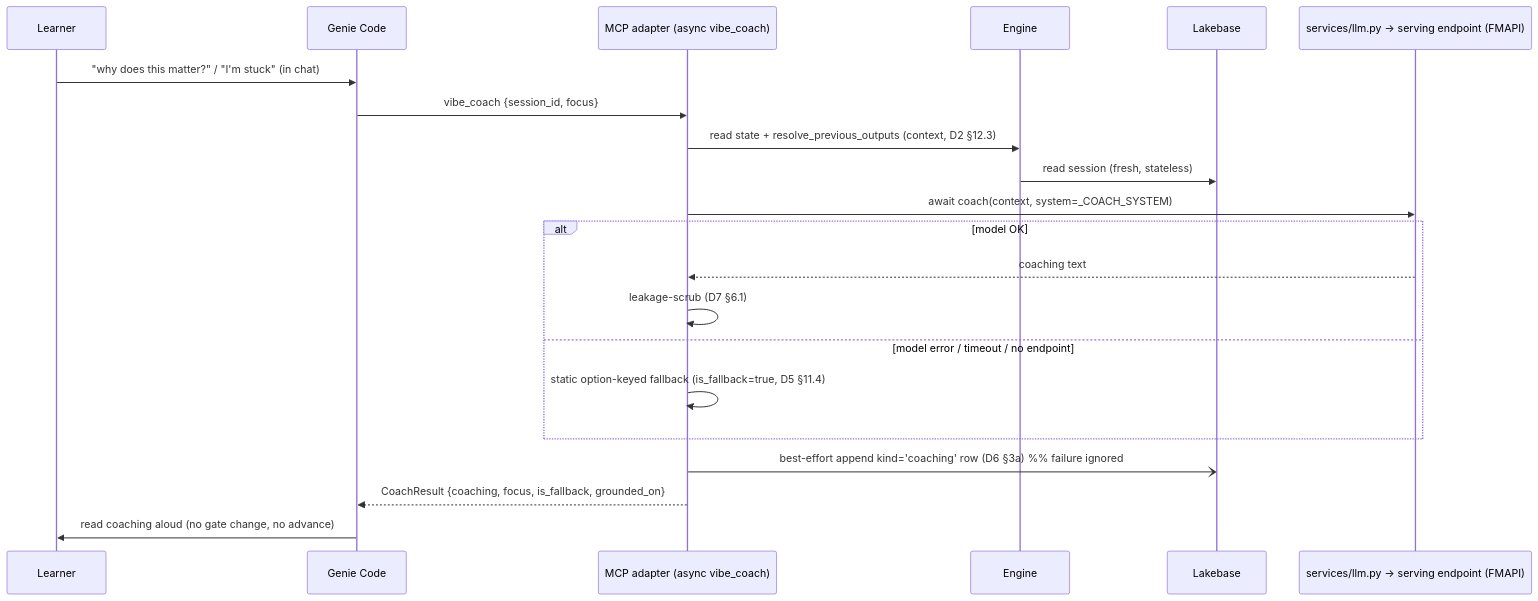
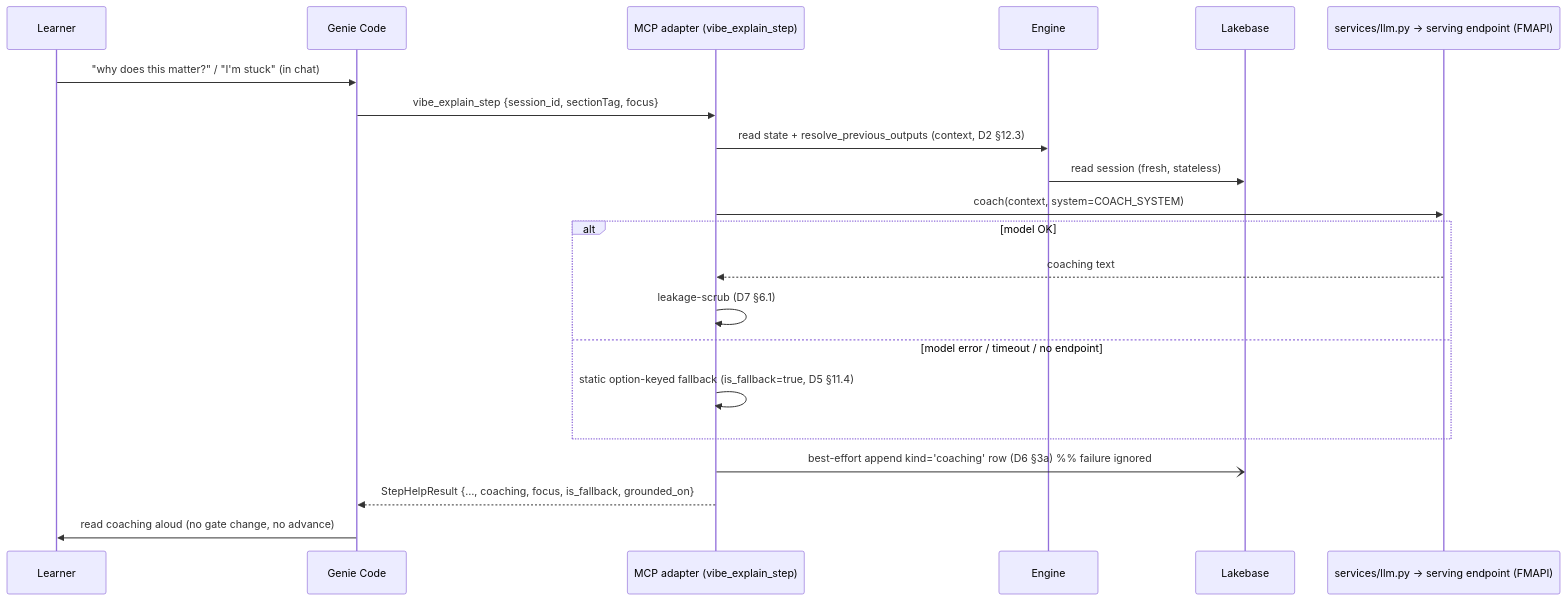
The fifth of 5 diagrams in docs/specs/mcp_design/mcp-workshop-architecture.md (databricks-solutions/vibe-coding-workshop-app), drawn with Mermaid before and after one commit. The commit also changed other lines of this file and 10 other files, not shown here.

First line of the commit message:
spec-vibe-coach-sweep: re-point D4-D7 coaching docs to the shipped vibe_explain_step focus path (docs only)

````diff
--- a/docs/specs/mcp_design/mcp-workshop-architecture.md
+++ b/docs/specs/mcp_design/mcp-workshop-architecture.md
@@ -246,23 +253,23 @@
 ```mermaid
 sequenceDiagram
   participant U as Learner
   participant GC as Genie Code
-  participant MCP as MCP adapter (async vibe_coach)
+  participant MCP as MCP adapter (vibe_explain_step)
   participant E as Engine
   participant DB as Lakebase
   participant LLM as services/llm.py → serving endpoint (FMAPI)
   U->>GC: "why does this matter?" / "I'm stuck"  (in chat)
-  GC->>MCP: vibe_coach {session_id, focus}
+  GC->>MCP: vibe_explain_step {session_id, sectionTag, focus}
   MCP->>E: read state + resolve_previous_outputs (context, D2 §12.3)
   E->>DB: read session (fresh, stateless)
-  MCP->>LLM: await coach(context, system=_COACH_SYSTEM)
+  MCP->>LLM: coach(context, system=COACH_SYSTEM)
   alt model OK
     LLM-->>MCP: coaching text
     MCP->>MCP: leakage-scrub (D7 §6.1)
   else model error / timeout / no endpoint
     MCP->>MCP: static option-keyed fallback (is_fallback=true, D5 §11.4)
   end
   MCP-)DB: best-effort append kind='coaching' row (D6 §3a)  %% failure ignored
-  MCP-->>GC: CoachResult {coaching, focus, is_fallback, grounded_on}
+  MCP-->>GC: StepHelpResult {…, coaching, focus, is_fallback, grounded_on}
   GC->>U: read coaching aloud  (no gate change, no advance)
 ```
````
